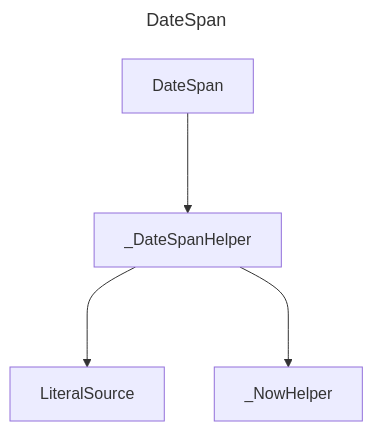
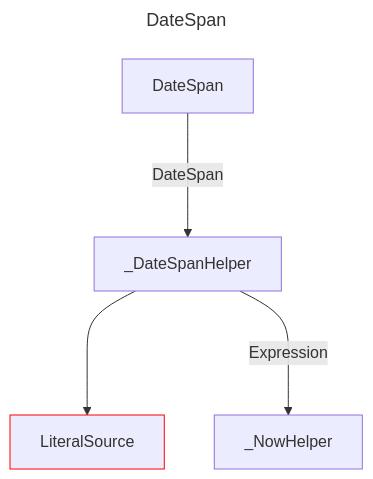
One commit to douglassimonsen/pbi_core changed the diagram in docs/docs/layout/erd/DateSpan.md. Above: the diagram before and after it, drawn with Mermaid. The commit also changed 77 other files, not shown here.

Commit message:
Updated to color code the layout ERD

````diff
--- a/docs/docs/layout/erd/DateSpan.md
+++ b/docs/docs/layout/erd/DateSpan.md
@@ -1,13 +1,14 @@
 ```mermaid
 ---
 title: DateSpan
 ---
 graph 
-2721642022816["LiteralSource"]
-2721642074544["_DateSpanHelper"]
-2721642076496["DateSpan"]
-2721642073568["_NowHelper"]
-2721642074544 ---> 2721642022816
-2721642076496 ---> 2721642074544
-2721642074544 ---> 2721642073568
+2430071851920["_DateSpanHelper"]
+2430071852896["DateSpan"]
+2430071856800["_NowHelper"]
+2430071816784["LiteralSource"]
+style 2430071816784 stroke:#ff0000,stroke-width:1px
+2430071851920 ---> 2430071816784
+2430071851920 --->|Expression| 2430071856800
+2430071852896 --->|DateSpan| 2430071851920
 ```
````
